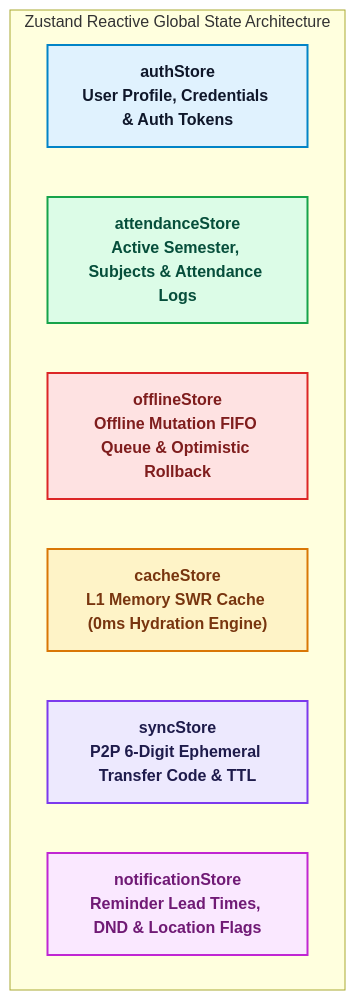
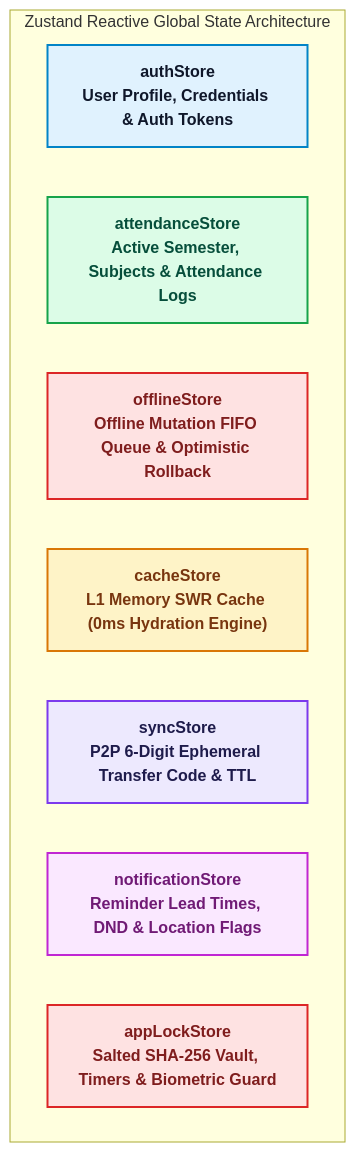
One commit to nrai18/AttendX changed the fourth of 22 diagrams in README.md. Above: the diagram before and after it, drawn with Mermaid. The commit also changed other lines of this file and 41 other files, not shown here.

````diff
--- a/README.md
+++ b/README.md
@@ -303,18 +361,19 @@
 ```mermaid
 flowchart TD
     classDef client fill:#e0f2fe,stroke:#0284c7,stroke-width:2px,color:#0f172a,font-weight:bold;
     classDef server fill:#ede9fe,stroke:#7c3aed,stroke-width:2px,color:#1e1b4b,font-weight:bold;
     classDef db fill:#dcfce7,stroke:#16a34a,stroke-width:2px,color:#064e3b,font-weight:bold;
     classDef cache fill:#fef3c7,stroke:#d97706,stroke-width:2px,color:#78350f,font-weight:bold;
     classDef ai fill:#fae8ff,stroke:#c026d3,stroke-width:2px,color:#701a75,font-weight:bold;
     classDef warn fill:#fee2e2,stroke:#dc2626,stroke-width:2px,color:#7f1d1d,font-weight:bold;
 
     subgraph Zustand Reactive Global State Architecture
         A["authStore<br/>User Profile, Credentials & Auth Tokens"]:::client
         B["attendanceStore<br/>Active Semester, Subjects & Attendance Logs"]:::db
         C["offlineStore<br/>Offline Mutation FIFO Queue & Optimistic Rollback"]:::warn
         D["cacheStore<br/>L1 Memory SWR Cache (0ms Hydration Engine)"]:::cache
         E["syncStore<br/>P2P 6-Digit Ephemeral Transfer Code & TTL"]:::server
         F["notificationStore<br/>Reminder Lead Times, DND & Location Flags"]:::ai
+        G["appLockStore<br/>Salted SHA-256 Vault, Timers & Biometric Guard"]:::warn
     end
 ```
````
